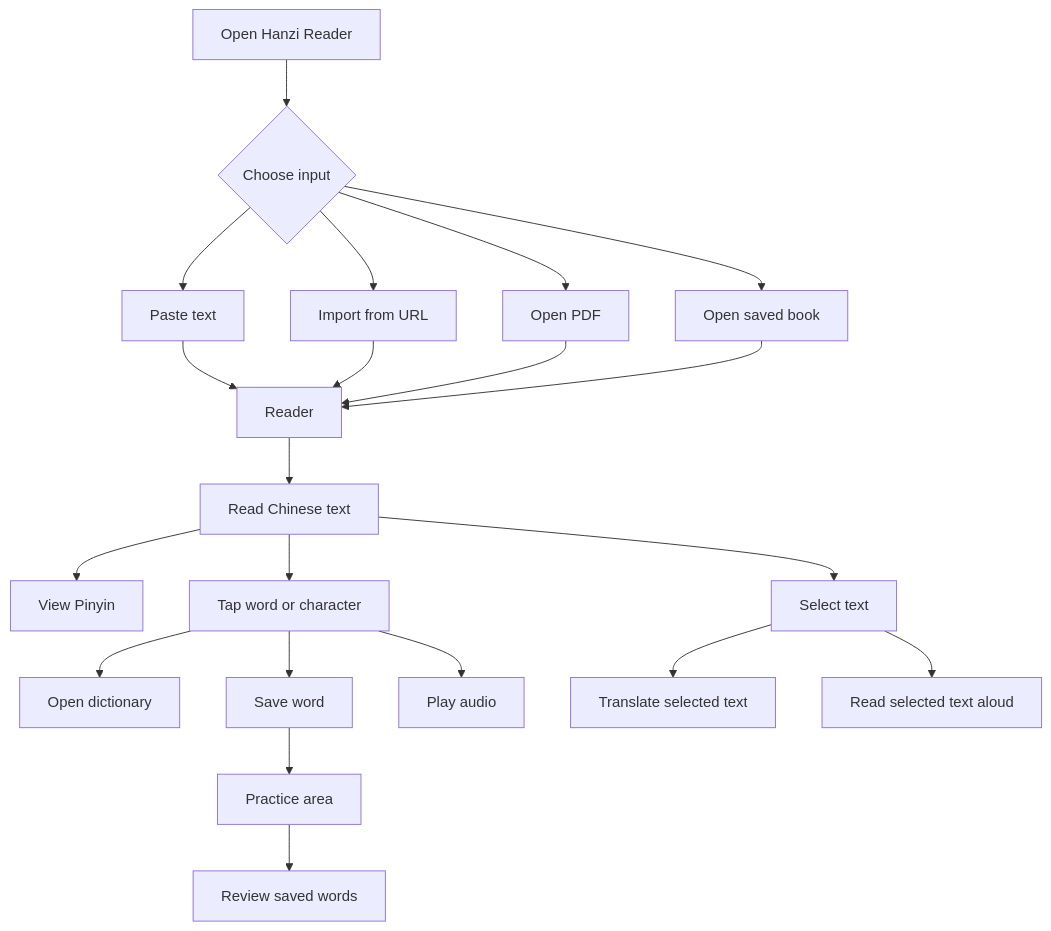
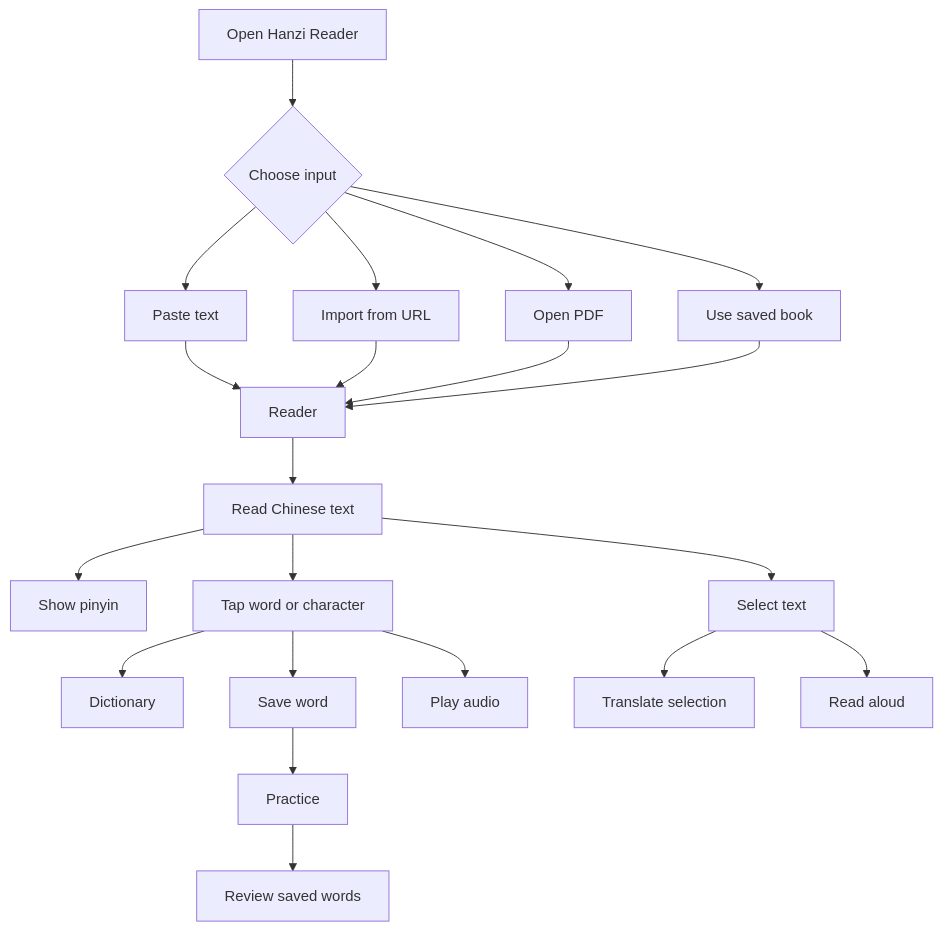
One commit to HyakkimaruPY/Hanzi-Reader changed the second of 6 diagrams in README.md. Above: the diagram before and after it, drawn with Mermaid. The commit also changed other lines of this file, not shown here.

````diff
--- a/README.md
+++ b/README.md
@@ -134,29 +100,28 @@
 ```mermaid
 flowchart TD
-    A["Open Hanzi Reader"] --> B{"Choose input"}
+    A[Open Hanzi Reader] --> B{Choose input}
+    B --> C[Paste text]
+    B --> D[Import from URL]
+    B --> E[Open PDF]
+    B --> F[Use saved book]
 
-    B --> C["Paste text"]
-    B --> D["Import from URL"]
-    B --> E["Open PDF"]
-    B --> F["Open saved book"]
-
-    C --> G["Reader"]
+    C --> G[Reader]
     D --> G
     E --> G
     F --> G
 
-    G --> H["Read Chinese text"]
-    H --> I["View Pinyin"]
-    H --> J["Tap word or character"]
-    H --> K["Select text"]
+    G --> H[Read Chinese text]
+    H --> I[Show pinyin]
+    H --> J[Tap word or character]
+    H --> K[Select text]
 
-    J --> L["Open dictionary"]
-    J --> M["Save word"]
-    J --> N["Play audio"]
+    J --> L[Dictionary]
+    J --> M[Save word]
+    J --> N[Play audio]
 
-    K --> O["Translate selected text"]
-    K --> P["Read selected text aloud"]
+    K --> O[Translate selection]
+    K --> P[Read aloud]
 
-    M --> Q["Practice area"]
-    Q --> R["Review saved words"]
+    M --> Q[Practice]
+    Q --> R[Review saved words]
 ```
````
